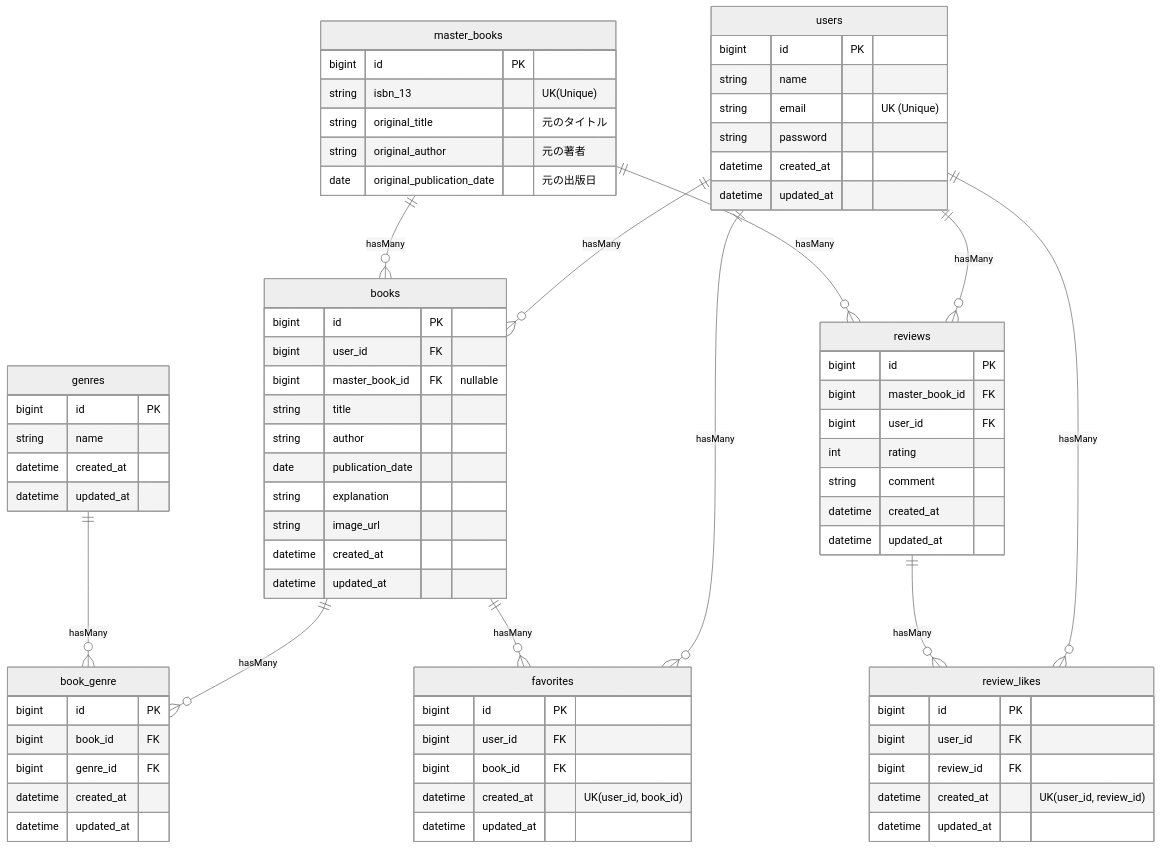
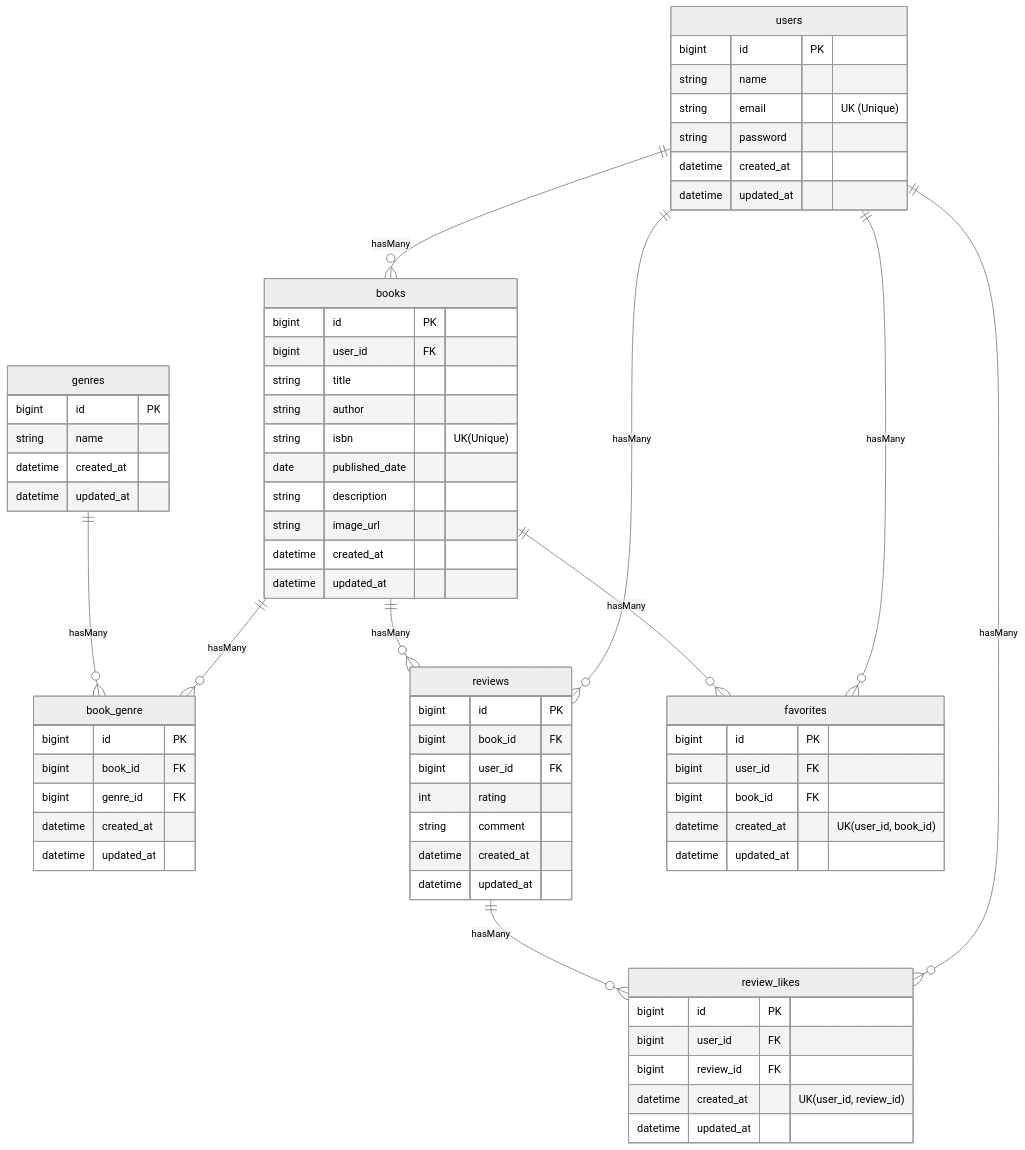
One commit to yuna-genma/bookshelf-app changed the diagram in README.md. Above: the diagram before and after it, drawn with Mermaid (neutral theme). The commit also changed 33 other files, not shown here.

Commit message:
ER図作成

```diff
--- a/README.md
+++ b/README.md
@@ -6,13 +6,11 @@
     erDiagram
 
     users ||--o{ books : "hasMany"
-    master_books ||--o{ books : "hasMany"
-
     books ||--o{ book_genre : "hasMany"
     genres ||--o{ book_genre : "hasMany"
 
     users ||--o{ reviews : "hasMany"
-    master_books ||--o{ reviews : "hasMany"
+    books ||--o{ reviews : "hasMany"
 
     users ||--o{ review_likes : "hasMany"
     reviews ||--o{ review_likes : "hasMany"
@@ -29,22 +27,14 @@
         datetime updated_at
     }
 
-    master_books {
-        bigint id PK
-        string isbn_13 "UK(Unique)"
-        string original_title "元のタイトル"
-        string original_author "元の著者"
-        date original_publication_date "元の出版日"
-    }
-
     books {
         bigint id PK
         bigint user_id FK
-        bigint master_book_id FK "nullable"
         string title
         string author
-        date publication_date
-        string explanation
+        string isbn "UK(Unique)"
+        date published_date
+        string description
         string image_url
         datetime created_at
         datetime updated_at
@@ -67,7 +57,7 @@
 
     reviews {
         bigint id PK
-        bigint master_book_id FK
+        bigint book_id FK
         bigint user_id FK
         int rating
         string comment
```
